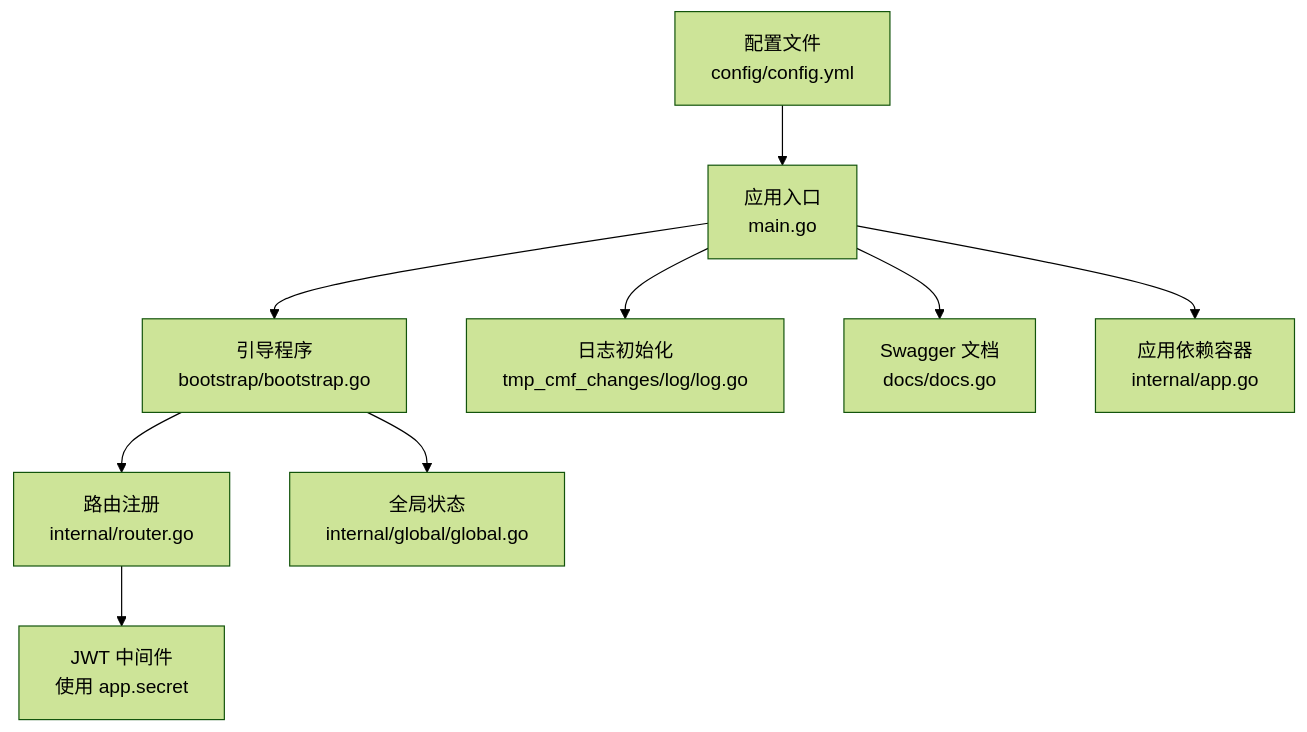
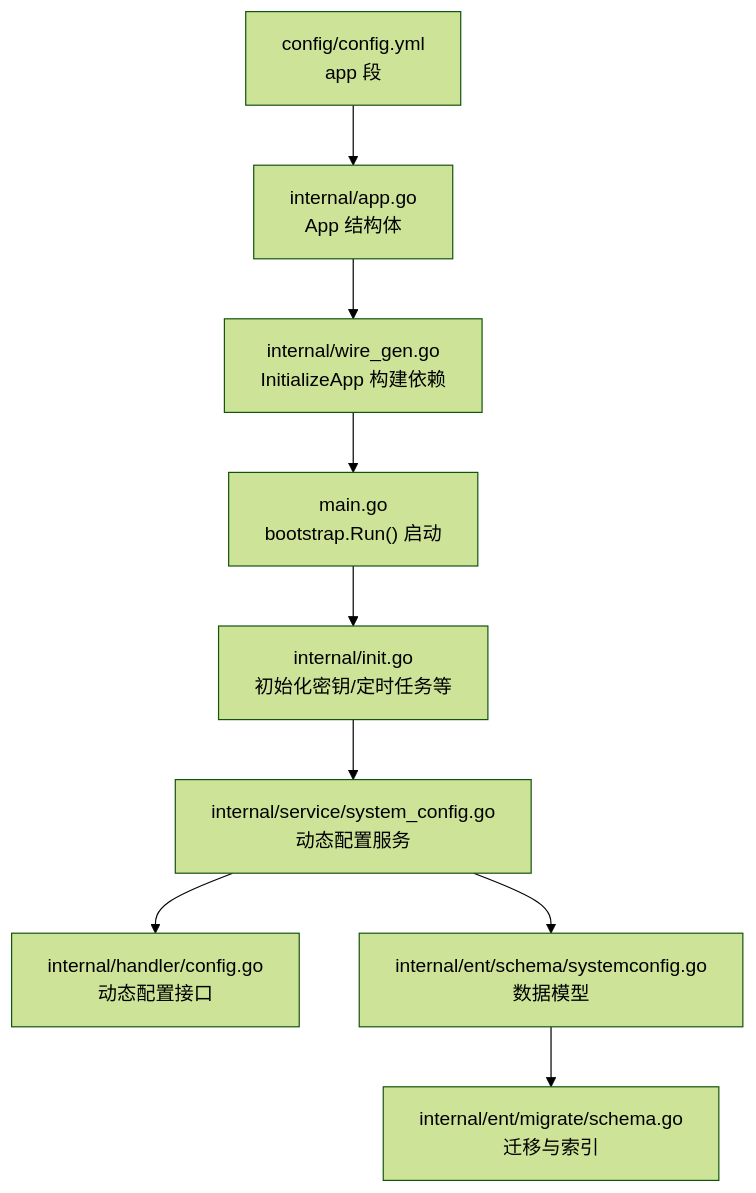
One commit to wuwuseo/e-sports-go-admin changed the first of 3 diagrams in .qoder/repowiki/zh/content/配置管理/应用配置.md. Above: the diagram before and after it, drawn with Mermaid (forest theme). The commit also changed other lines of this file and 115 other files, not shown here.

````diff
--- a/.qoder/repowiki/zh/content/配置管理/应用配置.md
+++ b/.qoder/repowiki/zh/content/配置管理/应用配置.md
@@ -41,11 +34,11 @@
 ```mermaid
 graph TB
-A["配置文件<br/>config/config.yml"] --> B["应用入口<br/>main.go"]
-B --> C["引导程序<br/>bootstrap/bootstrap.go"]
-C --> D["路由注册<br/>internal/router.go"]
-D --> E["JWT 中间件<br/>使用 app.secret"]
-B --> F["日志初始化<br/>tmp_cmf_changes/log/log.go"]
-B --> G["Swagger 文档<br/>docs/docs.go"]
-C --> H["全局状态<br/>internal/global/global.go"]
-B --> I["应用依赖容器<br/>internal/app.go"]
+A["config/config.yml<br/>app 段"] --> B["internal/app.go<br/>App 结构体"]
+B --> C["internal/wire_gen.go<br/>InitializeApp 构建依赖"]
+C --> D["main.go<br/>bootstrap.Run() 启动"]
+D --> E["internal/init.go<br/>初始化密钥/定时任务等"]
+E --> F["internal/service/system_config.go<br/>动态配置服务"]
+F --> G["internal/handler/config.go<br/>动态配置接口"]
+F --> H["internal/ent/schema/systemconfig.go<br/>数据模型"]
+H --> I["internal/ent/migrate/schema.go<br/>迁移与索引"]
 ```
````
